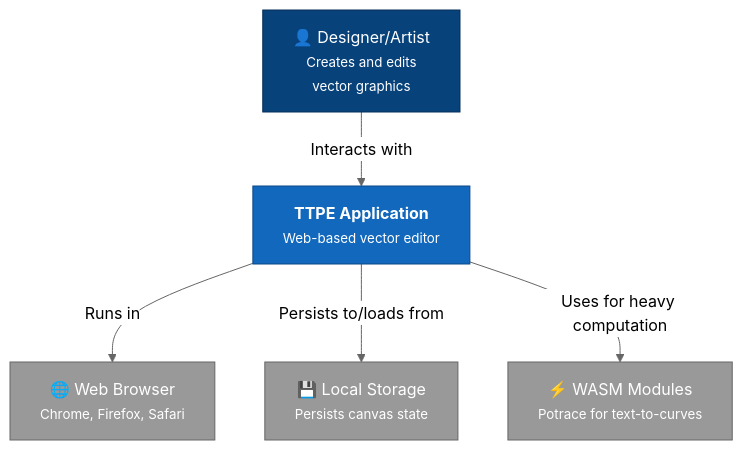
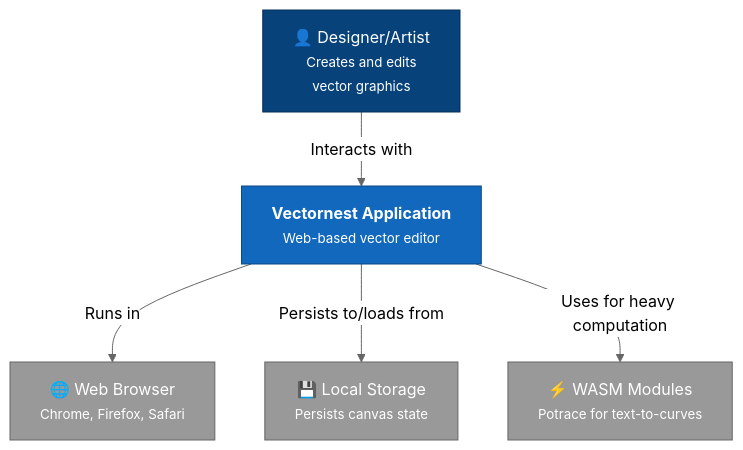
Before and after one commit to ekrsulov/ttpe: the first of 4 diagrams in doc/docs/architecture/overview.md, drawn with Mermaid (neutral theme). The commit also changed other lines of this file and 34 other files, not shown here.

First line of the commit message:
refactor: rename TTPE to Vectornest throughout the documentation and codebase

````diff
--- a/doc/docs/architecture/overview.md
+++ b/doc/docs/architecture/overview.md
@@ -45,21 +45,21 @@
 ```mermaid
 graph TB
     User["👤 Designer/Artist<br/><small>Creates and edits<br/>vector graphics</small>"]
     
-    TTPE["<b>TTPE Application</b><br/><small>Web-based vector editor</small>"]
+    Vectornest["<b>Vectornest Application</b><br/><small>Web-based vector editor</small>"]
     
     Browser["🌐 Web Browser<br/><small>Chrome, Firefox, Safari</small>"]
     Storage["💾 Local Storage<br/><small>Persists canvas state</small>"]
     WASM["⚡ WASM Modules<br/><small>Potrace for text-to-curves</small>"]
     
-    User -->|"Interacts with"| TTPE
-    TTPE -->|"Runs in"| Browser
-    TTPE -->|"Persists to/loads from"| Storage
-    TTPE -->|"Uses for heavy computation"| WASM
+    User -->|"Interacts with"| Vectornest
+    Vectornest -->|"Runs in"| Browser
+    Vectornest -->|"Persists to/loads from"| Storage
+    Vectornest -->|"Uses for heavy computation"| WASM
     
     style User fill:#08427b,stroke:#052e56,color:#fff
-    style TTPE fill:#1168bd,stroke:#0b4884,color:#fff
+    style Vectornest fill:#1168bd,stroke:#0b4884,color:#fff
     style Browser fill:#999,stroke:#666,color:#fff
     style Storage fill:#999,stroke:#666,color:#fff
     style WASM fill:#999,stroke:#666,color:#fff
 ```
````
